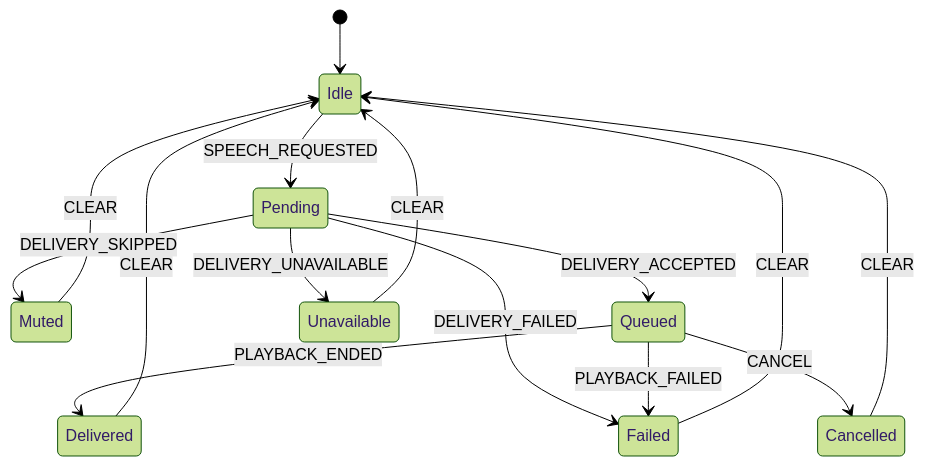
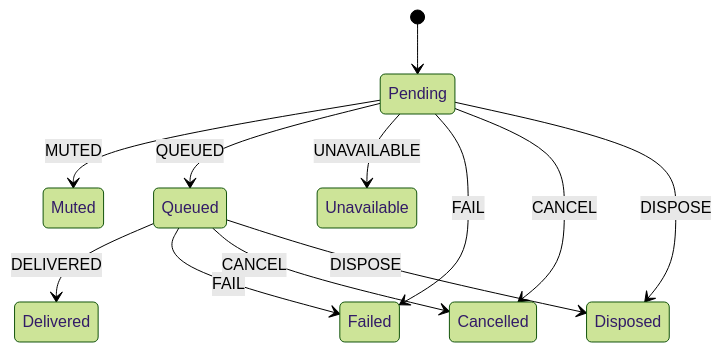
One commit to 0xjcf/ignite-element changed the fourth of 4 diagrams in examples/agents/voice-workbench/README.md. Above: the diagram before and after it, drawn with Mermaid (forest theme). The commit also changed other lines of this file, not shown here.

````diff
--- a/examples/agents/voice-workbench/README.md
+++ b/examples/agents/voice-workbench/README.md
@@ -390,17 +419,14 @@
 ```mermaid
 stateDiagram-v2
-    [*] --> Idle
-    Idle --> Pending: SPEECH_REQUESTED
-    Pending --> Muted: DELIVERY_SKIPPED
-    Pending --> Queued: DELIVERY_ACCEPTED
-    Pending --> Unavailable: DELIVERY_UNAVAILABLE
-    Pending --> Failed: DELIVERY_FAILED
-    Queued --> Delivered: PLAYBACK_ENDED
-    Queued --> Failed: PLAYBACK_FAILED
+    [*] --> Pending
+    Pending --> Muted: MUTED
+    Pending --> Queued: QUEUED
+    Pending --> Unavailable: UNAVAILABLE
+    Pending --> Failed: FAIL
+    Pending --> Cancelled: CANCEL
+    Queued --> Delivered: DELIVERED
+    Queued --> Failed: FAIL
     Queued --> Cancelled: CANCEL
-    Delivered --> Idle: CLEAR
-    Muted --> Idle: CLEAR
-    Unavailable --> Idle: CLEAR
-    Failed --> Idle: CLEAR
-    Cancelled --> Idle: CLEAR
+    Pending --> Disposed: DISPOSE
+    Queued --> Disposed: DISPOSE
 ```
````
